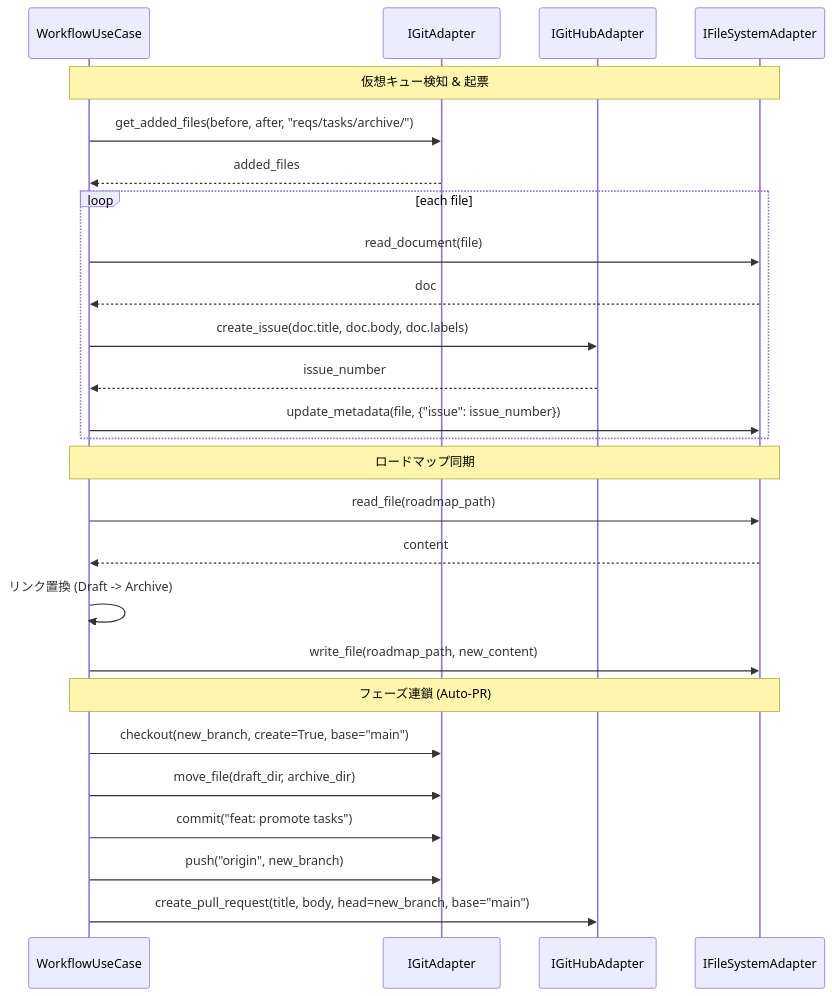
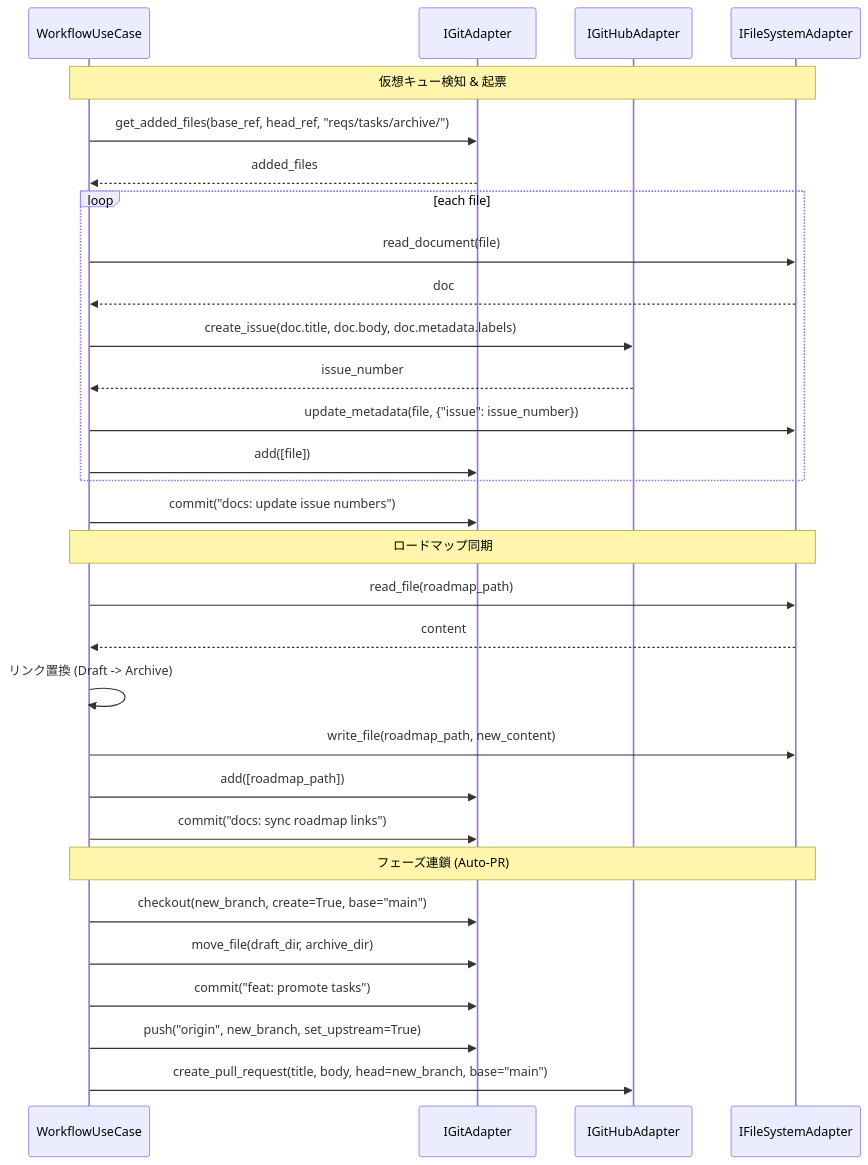
One commit to masa-codehub/issue_creator_kit changed the diagram in docs/specs/infra-interface.md. Above: the diagram before and after it, drawn with Mermaid. The commit also changed other lines of this file, not shown here.

Commit message:
docs: refine infra interface spec and sequence diagram for consistency

````diff
--- a/docs/specs/infra-interface.md
+++ b/docs/specs/infra-interface.md
@@ -54,31 +67,35 @@
 ```mermaid
 sequenceDiagram
     participant UC as WorkflowUseCase
     participant Git as IGitAdapter
     participant GH as IGitHubAdapter
     participant FS as IFileSystemAdapter
 
     Note over UC, FS: 仮想キュー検知 & 起票
-    UC->>Git: get_added_files(before, after, "reqs/tasks/archive/")
+    UC->>Git: get_added_files(base_ref, head_ref, "reqs/tasks/archive/")
     Git-->>UC: added_files
     loop each file
         UC->>FS: read_document(file)
         FS-->>UC: doc
-        UC->>GH: create_issue(doc.title, doc.body, doc.labels)
+        UC->>GH: create_issue(doc.title, doc.body, doc.metadata.labels)
         GH-->>UC: issue_number
         UC->>FS: update_metadata(file, {"issue": issue_number})
+        UC->>Git: add([file])
     end
+    UC->>Git: commit("docs: update issue numbers")
 
     Note over UC, FS: ロードマップ同期
     UC->>FS: read_file(roadmap_path)
     FS-->>UC: content
     UC->>UC: リンク置換 (Draft -> Archive)
     UC->>FS: write_file(roadmap_path, new_content)
+    UC->>Git: add([roadmap_path])
+    UC->>Git: commit("docs: sync roadmap links")
 
     Note over UC, FS: フェーズ連鎖 (Auto-PR)
     UC->>Git: checkout(new_branch, create=True, base="main")
     UC->>Git: move_file(draft_dir, archive_dir)
     UC->>Git: commit("feat: promote tasks")
-    UC->>Git: push("origin", new_branch)
+    UC->>Git: push("origin", new_branch, set_upstream=True)
     UC->>GH: create_pull_request(title, body, head=new_branch, base="main")
 ```
````
